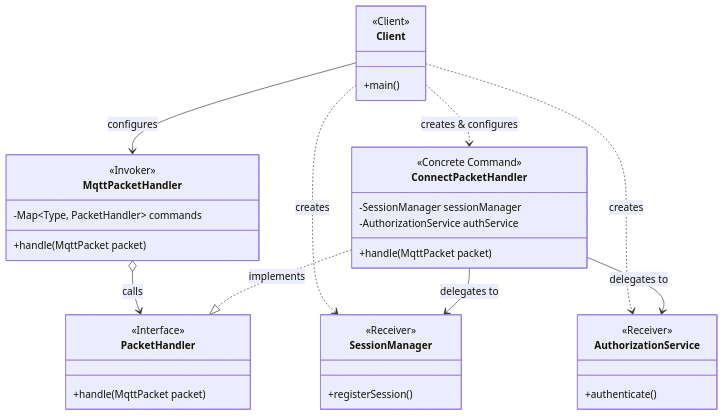
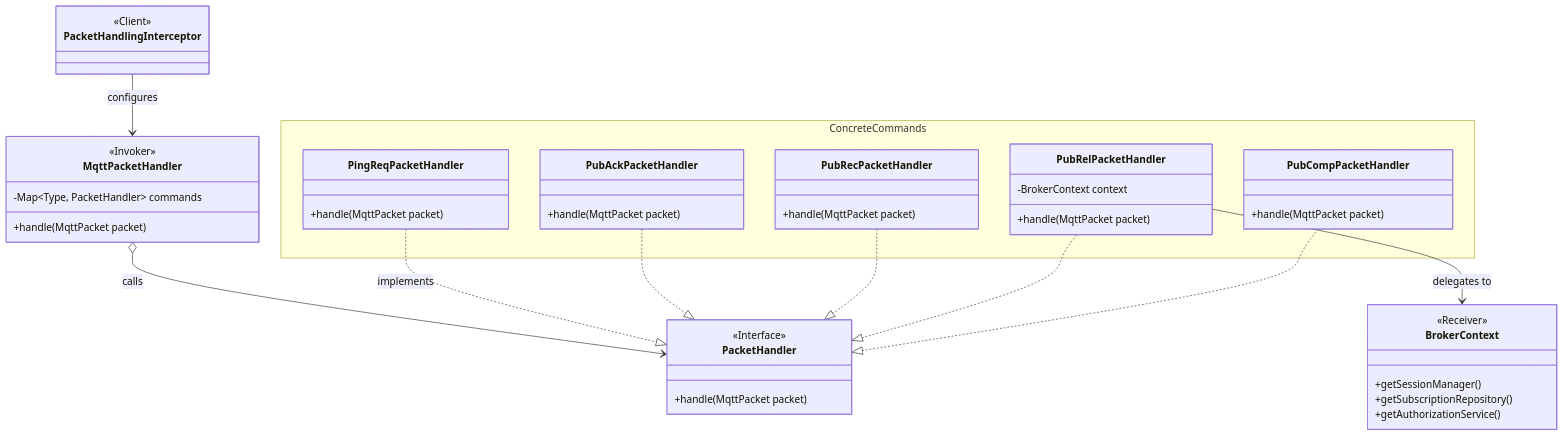
The eighth of 16 diagrams in README.md (karolbystrek/mqtt-broker), drawn with Mermaid before and after one commit. The commit also changed other lines of this file, not shown here.

Commit message:
update README.md with corrected diagrams <<note class diagram and 2nd activity work in progress>>

````diff
--- a/README.md
+++ b/README.md
@@ -404,57 +528,74 @@
 ```mermaid
 classDiagram
-    %% --- Participants ---
-    class Client {
+
+    class PacketHandlingInterceptor {
         <<Client>>
-        +main()
+
+    }
+        namespace ConcreteCommands {
+        class PingReqPacketHandler
+        class PubAckPacketHandler
+        class PubRecPacketHandler
+        class PubRelPacketHandler
+        class PubCompPacketHandler
     }
 
     class MqttPacketHandler {
         <<Invoker>>
         -Map~Type, PacketHandler~ commands
         +handle(MqttPacket packet)
     }
 
     class PacketHandler {
         <<Interface>>
         <<Command>>
         +handle(MqttPacket packet)
     }
 
-    class ConnectPacketHandler {
-        <<Concrete Command>>
-        -SessionManager sessionManager
-        -AuthorizationService authService
+    class PingReqPacketHandler {
         +handle(MqttPacket packet)
     }
 
-    class SessionManager {
-        <<Receiver>>
-        +registerSession()
+    class PubAckPacketHandler {
+        +handle(MqttPacket packet)
     }
 
-    class AuthorizationService {
-        <<Receiver>>
-        +authenticate()
+    class PubRecPacketHandler {
+        +handle(MqttPacket packet)
     }
 
-    %% --- Relationships ---
-    
-    %% Client configures Concrete Command with Receivers
-    Client ..> ConnectPacketHandler : creates & configures
-    Client ..> SessionManager : creates
-    Client ..> AuthorizationService : creates
-    
+    class PubRelPacketHandler {
+        -BrokerContext context
+        +handle(MqttPacket packet)
+
+    }
+
+    class PubCompPacketHandler {
+        +handle(MqttPacket packet)
+    }
+
+    class BrokerContext {
+        <<Receiver>>
+        +getSessionManager()
+        +getSubscriptionRepository()
+        +getAuthorizationService()
+    }
+
     %% Client passes Command to Invoker
-    Client --> MqttPacketHandler : configures
+    PacketHandlingInterceptor --> MqttPacketHandler : configures
 
     %% Invoker calls Command
     MqttPacketHandler o--> PacketHandler : calls
     
     %% Concrete Command implements Interface
-    ConnectPacketHandler ..|> PacketHandler : implements
+    PingReqPacketHandler ..|> PacketHandler : implements
 
     %% Concrete Command delegates to Receivers
-    ConnectPacketHandler --> SessionManager : delegates to
-    ConnectPacketHandler --> AuthorizationService : delegates to
+    PubAckPacketHandler ..|> PacketHandler
+    PubRecPacketHandler ..|> PacketHandler
+    PubRelPacketHandler ..|> PacketHandler
+    PubRelPacketHandler --> BrokerContext : delegates to  
+    PubCompPacketHandler ..|> PacketHandler
+  
+
 ```
````
